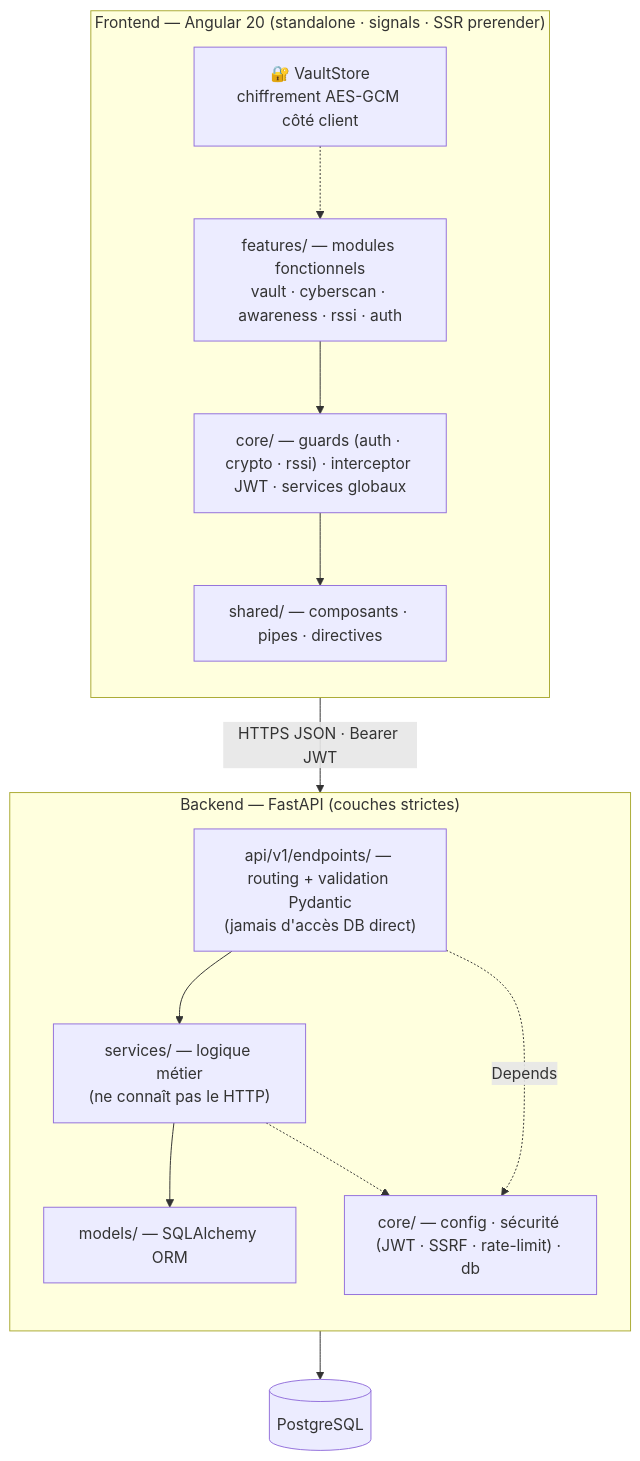
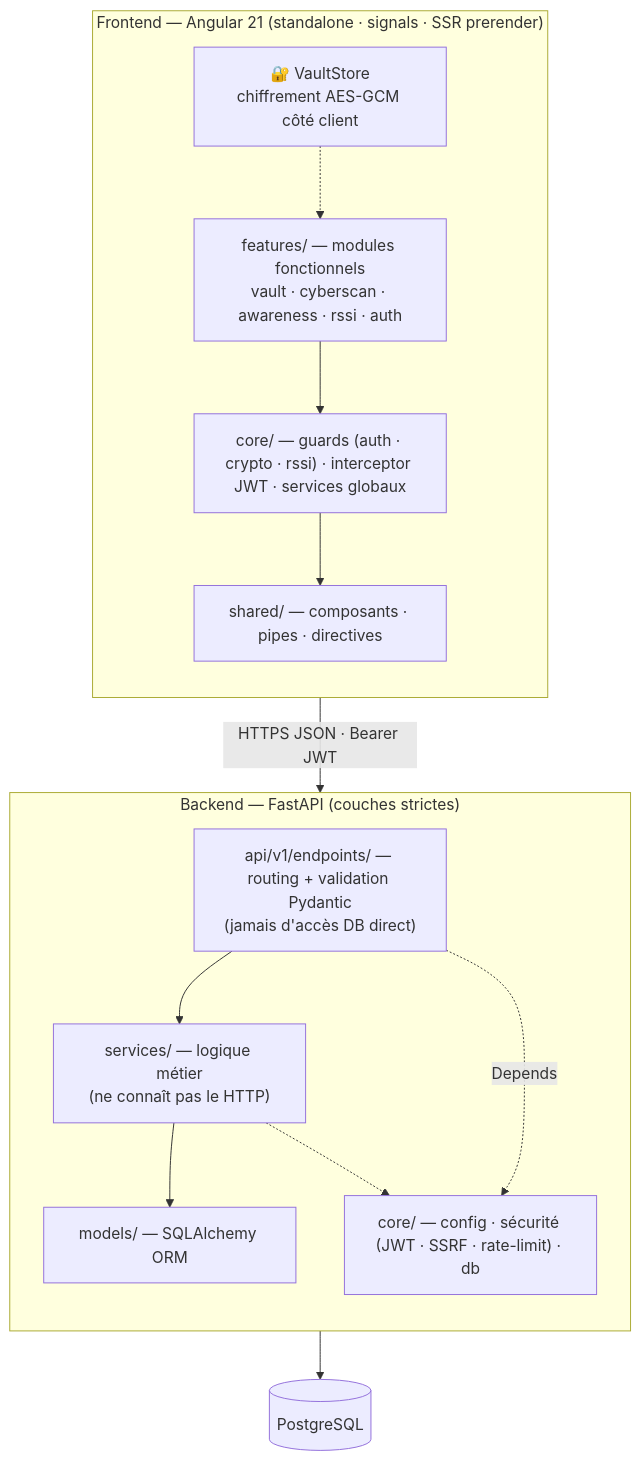
One commit to DavidRocher01/cyber-vault changed the second of 9 diagrams in docs/ARCHITECTURE.md. Above: the diagram before and after it, drawn with Mermaid. The commit also changed other lines of this file and 17 other files, not shown here.

````diff
--- a/docs/ARCHITECTURE.md
+++ b/docs/ARCHITECTURE.md
@@ -90,27 +90,27 @@
 ```mermaid
 flowchart TB
-    subgraph FE["Frontend — Angular 20 (standalone · signals · SSR prerender)"]
+    subgraph FE["Frontend — Angular 21 (standalone · signals · SSR prerender)"]
       direction TB
       FEfeat["features/ — modules fonctionnels<br/>vault · cyberscan · awareness · rssi · auth"]
       FEcore["core/ — guards (auth · crypto · rssi) · interceptor JWT · services globaux"]
       FEshared["shared/ — composants · pipes · directives"]
       VS["🔐 VaultStore<br/>chiffrement AES-GCM côté client"]
     end
 
     subgraph BE["Backend — FastAPI (couches strictes)"]
       direction TB
       EP["api/v1/endpoints/ — routing + validation Pydantic<br/>(jamais d'accès DB direct)"]
       SVC["services/ — logique métier<br/>(ne connaît pas le HTTP)"]
       MOD["models/ — SQLAlchemy ORM"]
       CORE["core/ — config · sécurité (JWT · SSRF · rate-limit) · db"]
     end
 
     DB[("PostgreSQL")]
 
     FEfeat --> FEcore --> FEshared
     VS -.-> FEfeat
     FE -->|"HTTPS JSON · Bearer JWT"| EP
     EP --> SVC --> MOD --> DB
     EP -.->|Depends| CORE
     SVC -.-> CORE
 ```
````
